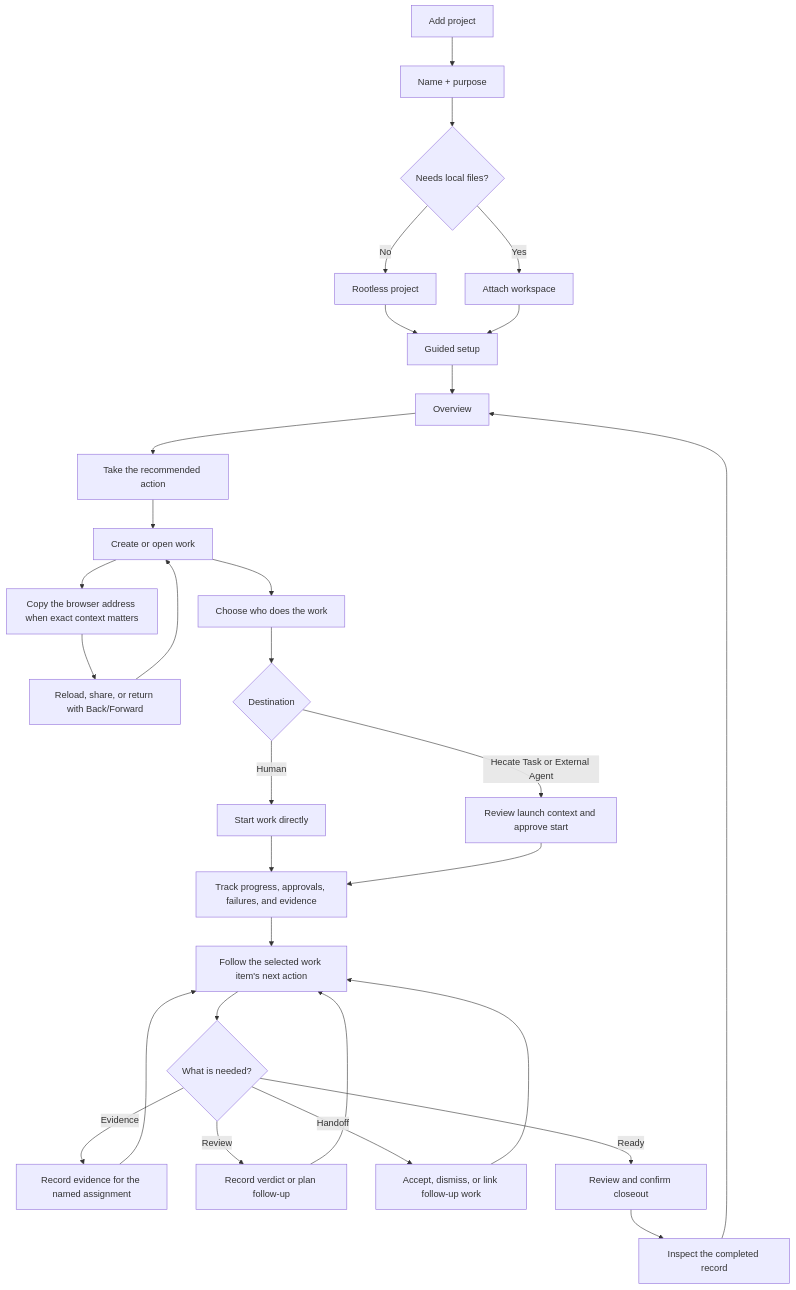
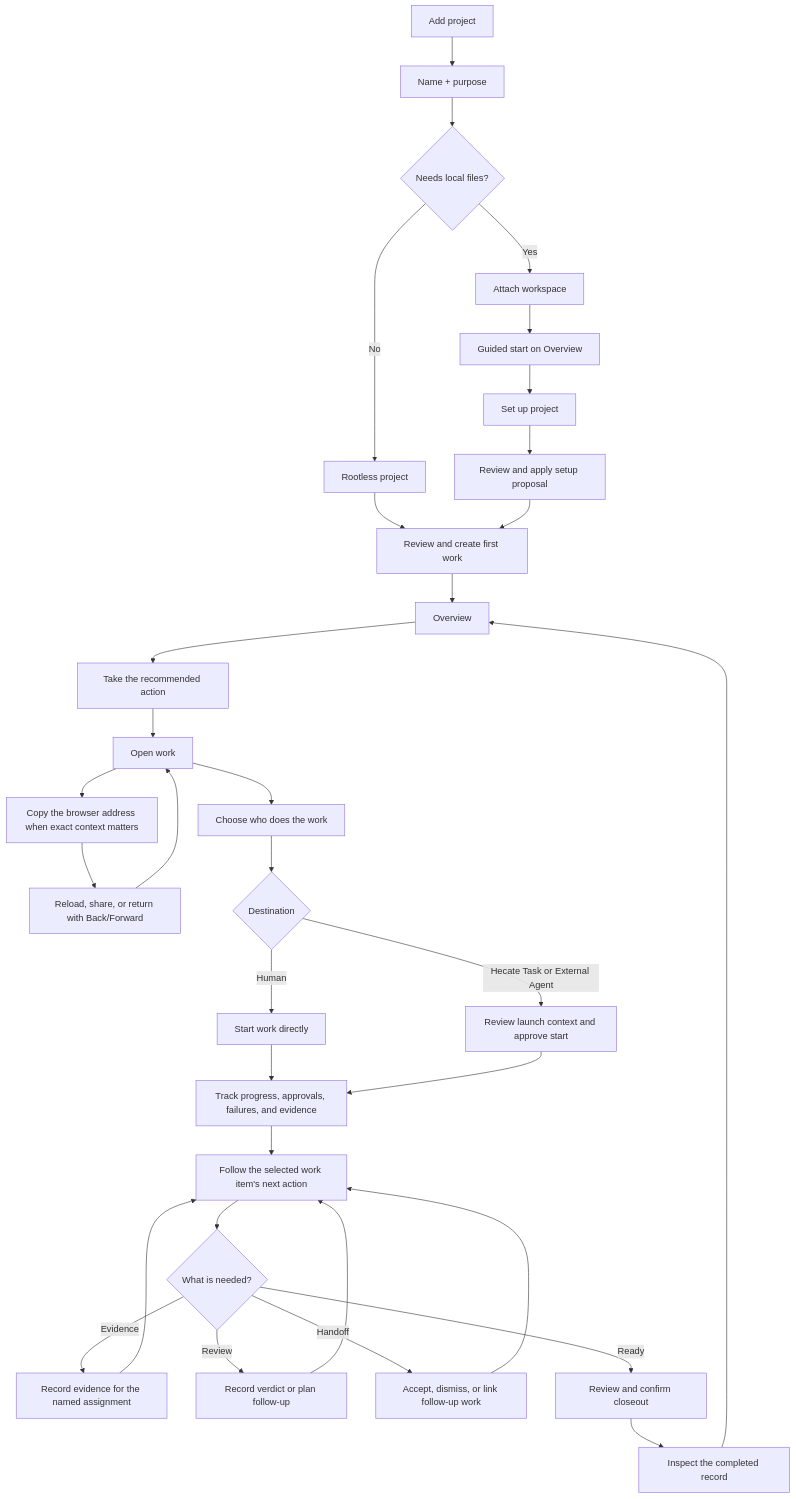
One commit to hecatehq/hecate changed the second of 5 diagrams in docs/design/proposals/projects-cockpit-ux.md. Above: the diagram before and after it, drawn with Mermaid. The commit also changed other lines of this file and 25 other files, not shown here.

First line of the commit message:
feat(projects): guide setup into first work

````diff
--- a/docs/design/proposals/projects-cockpit-ux.md
+++ b/docs/design/proposals/projects-cockpit-ux.md
@@ -106,32 +118,35 @@
 ```mermaid
 flowchart TD
   A["Add project"] --> B["Name + purpose"]
   B --> C{"Needs local files?"}
   C -->|"No"| D["Rootless project"]
   C -->|"Yes"| E["Attach workspace"]
-  D --> F["Guided setup"]
-  E --> F
-  F --> G["Overview"]
+  D --> FW["Review and create first work"]
+  E --> F["Guided start on Overview"]
+  F --> FS["Set up project"]
+  FS --> FR["Review and apply setup proposal"]
+  FR --> FW
+  FW --> G["Overview"]
   G --> H["Take the recommended action"]
-  H --> I["Create or open work"]
+  H --> I["Open work"]
   I --> U["Copy the browser address when exact context matters"]
   U --> V["Reload, share, or return with Back/Forward"]
   V --> I
   I --> J["Choose who does the work"]
   J --> K{"Destination"}
   K -->|"Human"| KH["Start work directly"]
   K -->|"Hecate Task or External Agent"| KA["Review launch context and approve start"]
   KH --> L["Track progress, approvals, failures, and evidence"]
   KA --> L
   L --> M["Follow the selected work item's next action"]
   M --> N{"What is needed?"}
   N -->|"Evidence"| NE["Record evidence for the named assignment"]
   N -->|"Review"| NR["Record verdict or plan follow-up"]
   N -->|"Handoff"| NH["Accept, dismiss, or link follow-up work"]
   N -->|"Ready"| O["Review and confirm closeout"]
   NE --> M
   NR --> M
   NH --> M
   O --> P["Inspect the completed record"]
   P --> G
 ```
````
